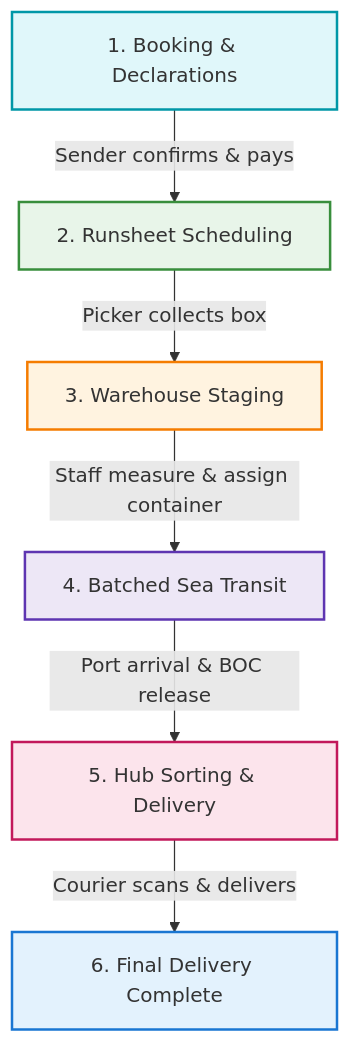
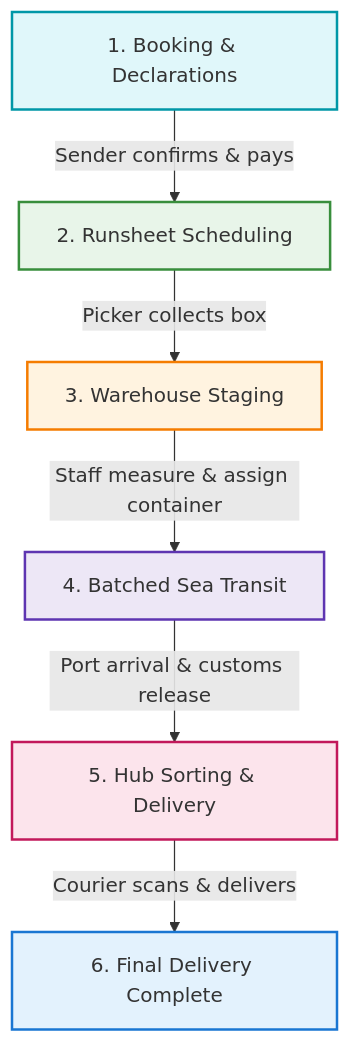
The diagram in docs/README.md (techhealerstouch/eagle-cargo-app), drawn with Mermaid before and after one commit. The commit also changed other lines of this file and 3 other files, not shown here.

````diff
--- a/docs/README.md
+++ b/docs/README.md
@@ -13,15 +13,15 @@
 ```mermaid
 graph TD
     A["1. Booking & Declarations"] -->|Sender confirms & pays| B["2. Runsheet Scheduling"]
     B -->|Picker collects box| C["3. Warehouse Staging"]
     C -->|Staff measure & assign container| D["4. Batched Sea Transit"]
-    D -->|Port arrival & BOC release| E["5. Hub Sorting & Delivery"]
+    D -->|Port arrival & customs release| E["5. Hub Sorting & Delivery"]
     E -->|Courier scans & delivers| F["6. Final Delivery Complete"]
     
     style A fill:#e0f7fa,stroke:#0097a7,stroke-width:2px
     style B fill:#e8f5e9,stroke:#388e3c,stroke-width:2px
     style C fill:#fff3e0,stroke:#f57c00,stroke-width:2px
     style D fill:#ede7f6,stroke:#5e35b1,stroke-width:2px
     style E fill:#fce4ec,stroke:#c2185b,stroke-width:2px
     style F fill:#e3f2fd,stroke:#1976d2,stroke-width:2px
 ```
````
